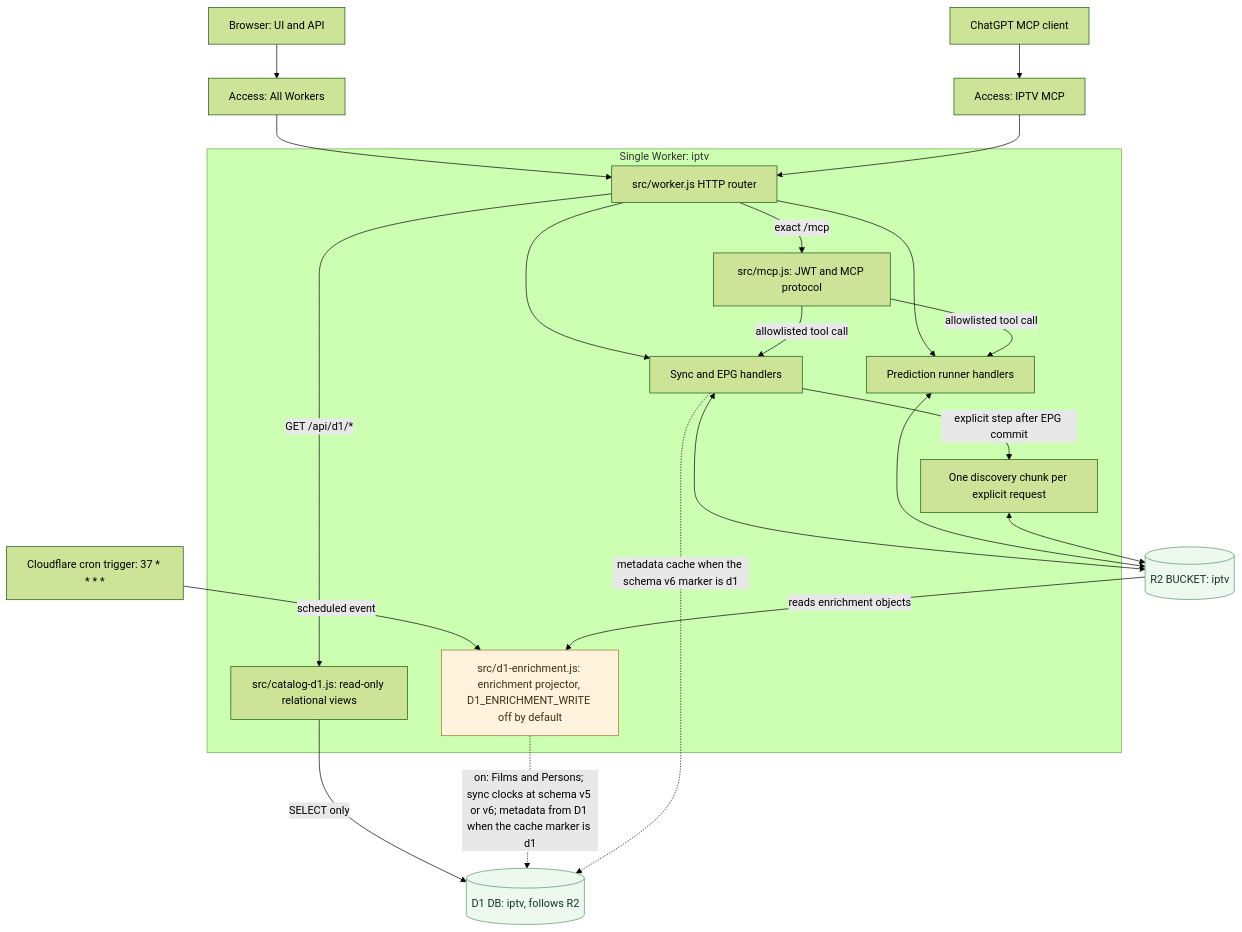
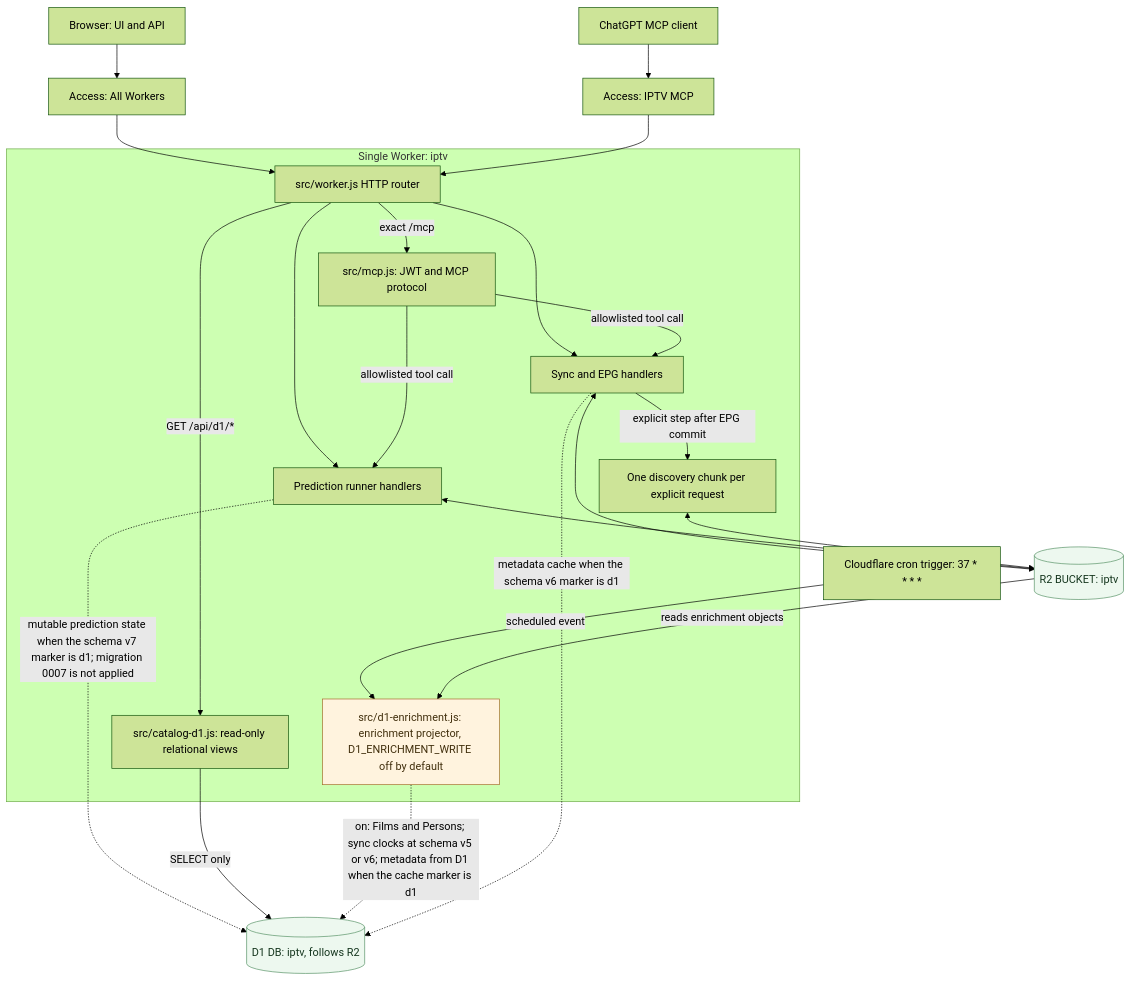
One commit to vladimino/iptv-watchlist changed the diagram in docs/architecture/runtime-topology.md. Above: the diagram before and after it, drawn with Mermaid (forest theme). The commit also changed other lines of this file and 32 other files, not shown here.

First line of the commit message:
AIR-317: Introduce D1-authoritative prediction domain with gated migration

````diff
--- a/docs/architecture/runtime-topology.md
+++ b/docs/architecture/runtime-topology.md
@@ -5,40 +5,41 @@
 ```mermaid
 flowchart TB
     web["Browser: UI and API"]
     mcpClient["ChatGPT MCP client"]
     webAccess["Access: All Workers"]
     mcpAccess["Access: IPTV MCP"]
     cron["Cloudflare cron trigger: 37 * * * *"]
     subgraph worker["Single Worker: iptv"]
         route["src/worker.js HTTP router"]
         mcp["src/mcp.js: JWT and MCP protocol"]
         sync["Sync and EPG handlers"]
         prediction["Prediction runner handlers"]
         discovery["One discovery chunk per explicit request"]
         catalogD1["src/catalog-d1.js: read-only relational views"]
         projector["src/d1-enrichment.js: enrichment projector, D1_ENRICHMENT_WRITE off by default"]
         route --> sync
         route -->|GET /api/d1/*| catalogD1
         route --> prediction
         route -->|exact /mcp| mcp
         mcp -->|allowlisted tool call| sync
         mcp -->|allowlisted tool call| prediction
         sync -->|explicit step after EPG commit| discovery
     end
     store[("R2 BUCKET: iptv")]
     d1[("D1 DB: iptv, follows R2")]
     web --> webAccess --> route
     mcpClient --> mcpAccess --> route
     sync <--> store
     prediction <--> store
+    prediction -.->|mutable prediction state when the schema v7 marker is d1; migration 0007 is not applied| d1
     discovery <--> store
     catalogD1 -->|SELECT only| d1
     cron -->|scheduled event| projector
     store -->|reads enrichment objects| projector
     projector -.->|on: Films and Persons; sync clocks at schema v5 or v6; metadata from D1 when the cache marker is d1| d1
     sync -.->|metadata cache when the schema v6 marker is d1| d1
     classDef current fill:#edf8ef,stroke:#579266,color:#15361e
     classDef gated fill:#fff3de,stroke:#a56c2b,color:#42300e
     class store,d1 current
     class projector gated
 ```
````
